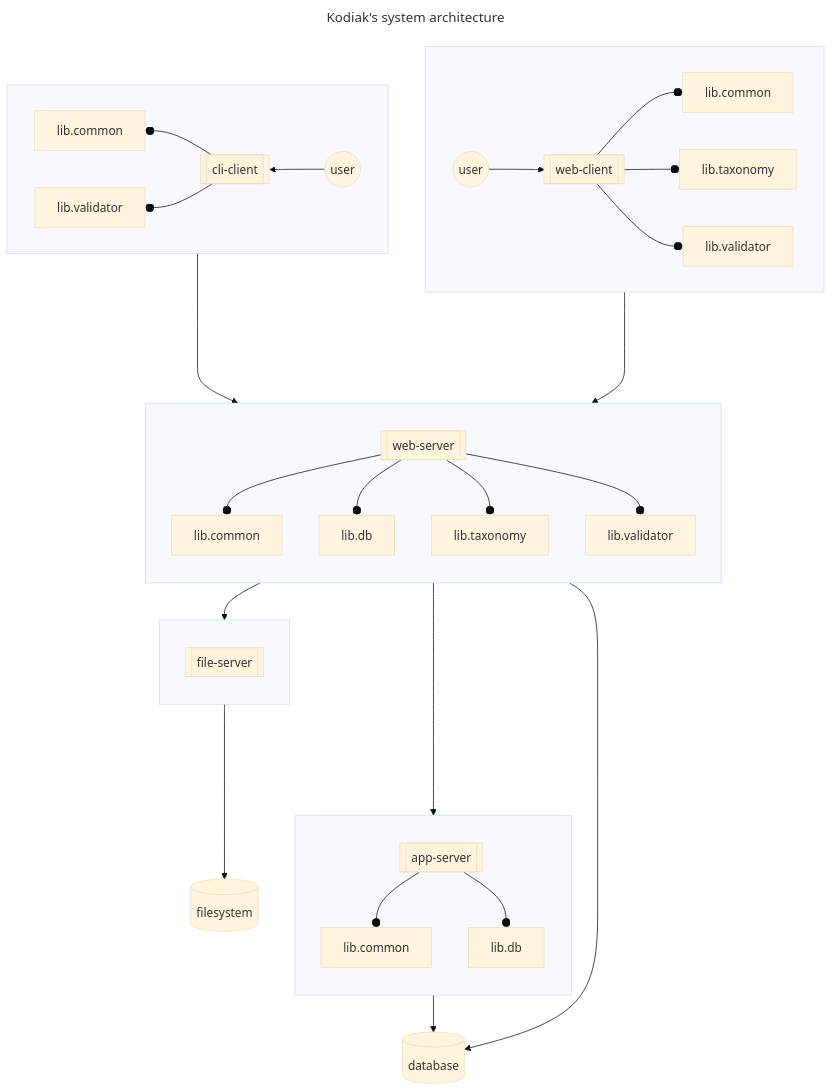
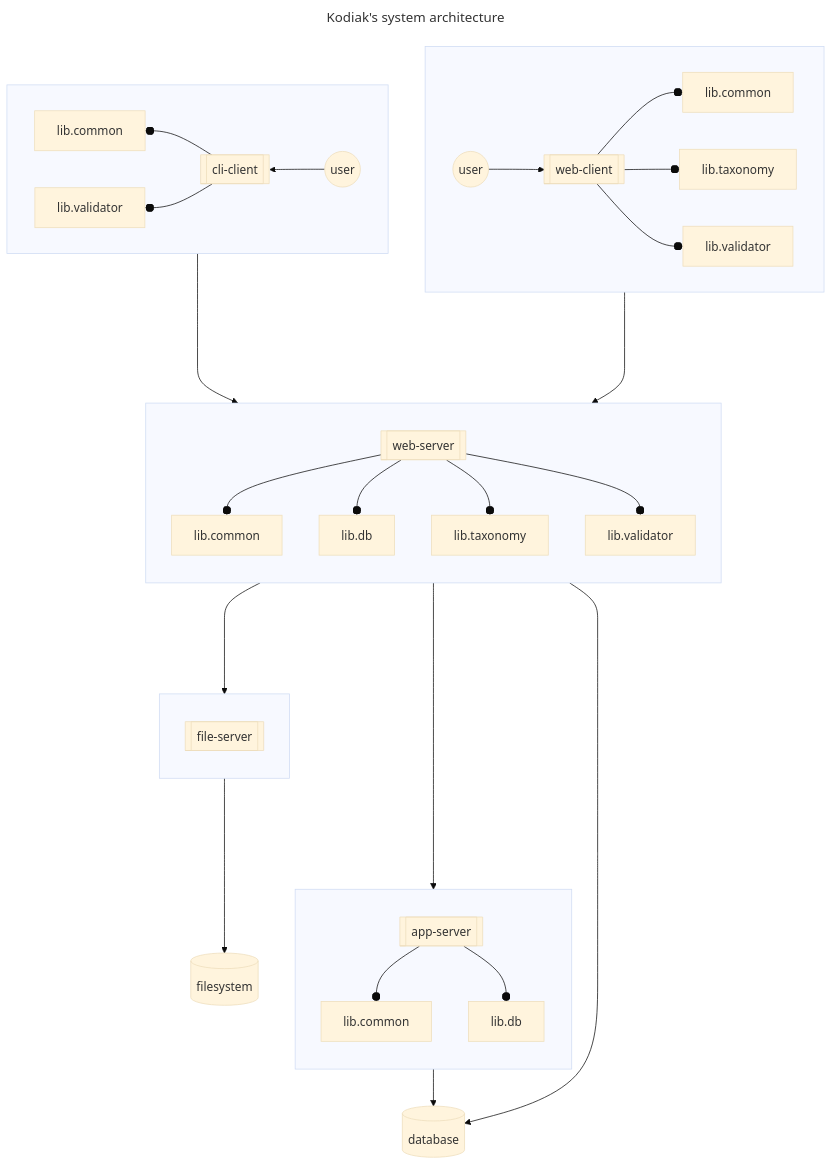
The diagram in SYSTEM-ARCHITECTURE.md (polarlabs/kodiak-diagrams), drawn with Mermaid (base theme) before and after one commit.

Commit message:
fix: rearrange boxes.

````diff
--- a/SYSTEM-ARCHITECTURE.md
+++ b/SYSTEM-ARCHITECTURE.md
@@ -5,43 +5,43 @@
 ```mermaid
 ---
 title: Kodiak's system architecture
 ---
 flowchart TB
   subgraph user-web[ ]
     direction LR
     web-user((user)) --> web-client[[web-client]]
     web-client --o web-client.lib.common[lib.common]
     web-client --o web-client.lib.taxonomy[lib.taxonomy]
     web-client --o web-client.lib.validator[lib.validator]
   end
   subgraph user-cli[ ]
     direction RL
     cli-user((user)) --> cli-client[[cli-client]]
     cli-client --o cli-client.lib.common[lib.common]
     cli-client --o cli-client.lib.validator[lib.validator]
   end
   subgraph file-server[ ]
     direction TB
     file-server.api[[file-server]]
   end
   subgraph web-server[ ]
     direction TB
     web-server.api[[web-server]] --o web-server.lib.common[lib.common]
     web-server.api[[web-server]] --o web-server.lib.db[lib.db]
     web-server.api[[web-server]] --o web-server.lib.taxonomy[lib.taxonomy]
     web-server.api[[web-server]] --o web-server.lib.validator[lib.validator]
   end
   subgraph app-server[ ]
     direction TB
     app-server.api[[app-server]] --o app-server.lib.common[lib.common]
     app-server.api[[app-server]] --o app-server.lib.db[lib.db]
   end
   web-client ----> web-server.api
   cli-client ----> web-server.api
-  web-server.api --> file-server.api
-  web-server.api --> app-server.api
+  web-server.api ----> file-server.api
+  web-server.api ----> app-server.api
   file-server ----> filesystem[(filesystem)]
   web-server --> database[(database)]
   app-server --> database[(database)]
   filesystem ~~~ database
 ```
````
